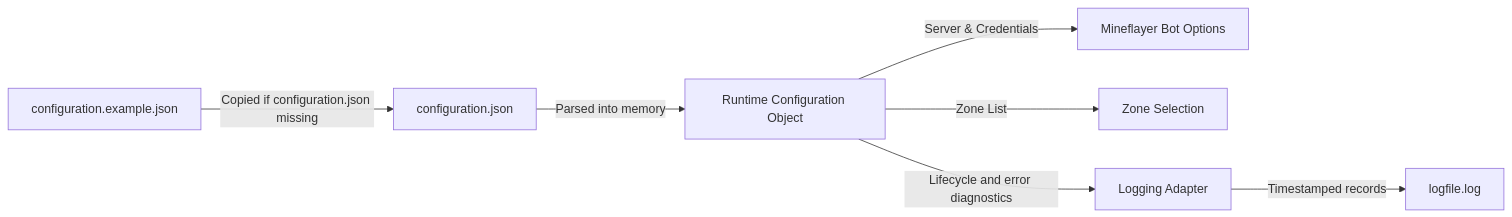
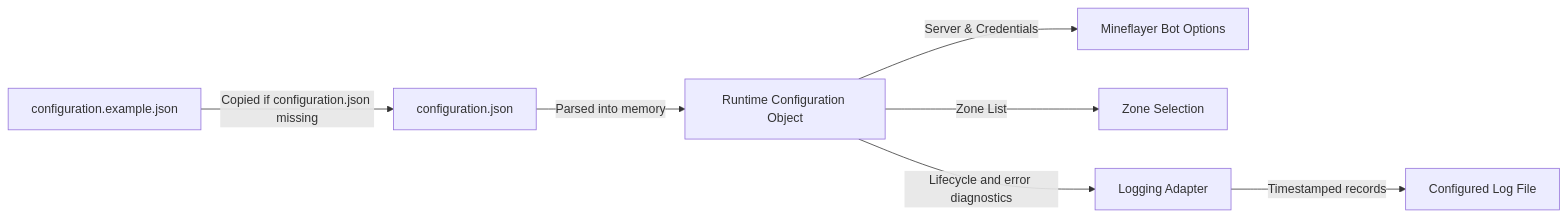
The fourth of 7 diagrams in ARCHITECTURE.md (hmlendea/minecraft-afk-bot), drawn with Mermaid before and after one commit. The commit also changed other lines of this file and 6 other files, not shown here.

````diff
--- a/ARCHITECTURE.md
+++ b/ARCHITECTURE.md
@@ -213,9 +215,9 @@
 ```mermaid
 graph LR
     Template["configuration.example.json"] -->|Copied if configuration.json missing| ActiveConfig["configuration.json"]
     ActiveConfig -->|Parsed into memory| Memory["Runtime Configuration Object"]
     Memory -->|Server & Credentials| BotOpts["Mineflayer Bot Options"]
     Memory -->|Zone List| ZoneSel["Zone Selection"]
     Memory -->|Lifecycle and error diagnostics| Logger["Logging Adapter"]
-    Logger -->|Timestamped records| LogFile["logfile.log"]
+    Logger -->|Timestamped records| LogFile["Configured Log File"]
 ```
````
